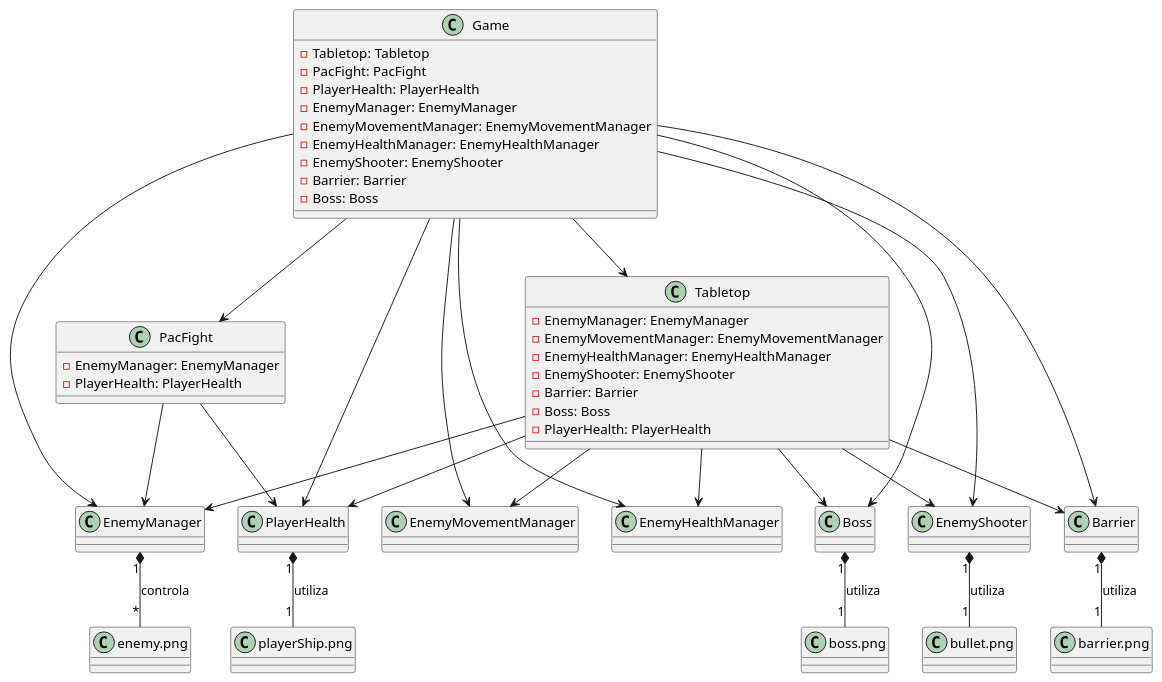
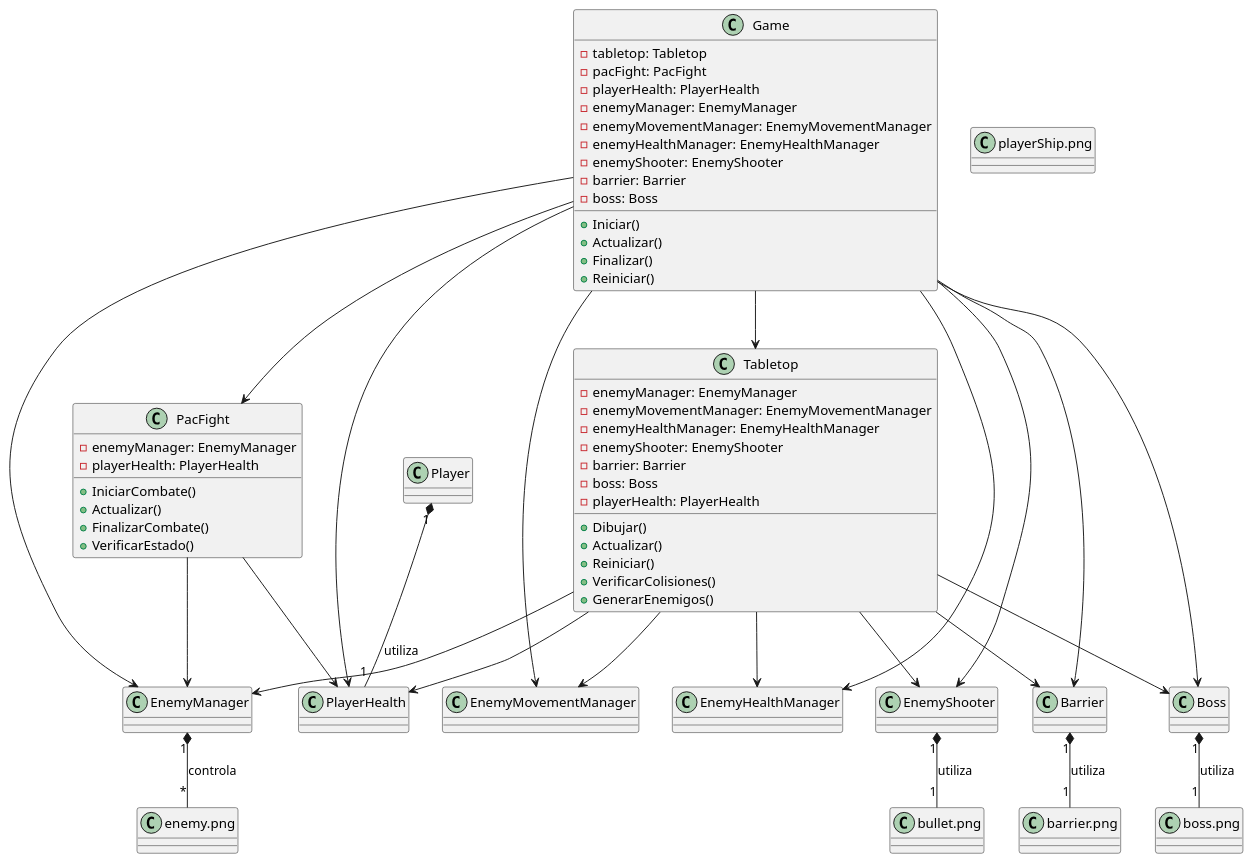
The diagram in docs/Diagrama.PUML (24110280-Braulio/Space-Invaders), drawn with PlantUML before and after one commit.

Commit message:
Diagrama2

```diff
--- a/docs/Diagrama.PUML
+++ b/docs/Diagrama.PUML
@@ -1,71 +1,84 @@
 @startuml SpaceInvaders
 
 class Game {
-    - Tabletop: Tabletop
-    - PacFight: PacFight
-    - PlayerHealth: PlayerHealth
-    - EnemyManager: EnemyManager
-    - EnemyMovementManager: EnemyMovementManager
-    - EnemyHealthManager: EnemyHealthManager
-    - EnemyShooter: EnemyShooter
-    - Barrier: Barrier
-    - Boss: Boss
+    - tabletop: Tabletop
+    - pacFight: PacFight
+    - playerHealth: PlayerHealth
+    - enemyManager: EnemyManager
+    - enemyMovementManager: EnemyMovementManager
+    - enemyHealthManager: EnemyHealthManager
+    - enemyShooter: EnemyShooter
+    - barrier: Barrier
+    - boss: Boss
+    + Iniciar()
+    + Actualizar()
+    + Finalizar()
+    + Reiniciar()
 }
 
 class Tabletop {
-    - EnemyManager: EnemyManager
-    - EnemyMovementManager: EnemyMovementManager
-    - EnemyHealthManager: EnemyHealthManager
-    - EnemyShooter: EnemyShooter
-    - Barrier: Barrier
-    - Boss: Boss
-    - PlayerHealth: PlayerHealth
+    - enemyManager: EnemyManager
+    - enemyMovementManager: EnemyMovementManager
+    - enemyHealthManager: EnemyHealthManager
+    - enemyShooter: EnemyShooter
+    - barrier: Barrier
+    - boss: Boss
+    - playerHealth: PlayerHealth
+    + Dibujar()
+    + Actualizar()
+    + Reiniciar()
+    + VerificarColisiones()
+    + GenerarEnemigos()
 }
 
 class PacFight {
-    - EnemyManager: EnemyManager
-    - PlayerHealth: PlayerHealth
+    - enemyManager: EnemyManager
+    - playerHealth: PlayerHealth
+    + IniciarCombate()
+    + Actualizar()
+    + FinalizarCombate()
+    + VerificarEstado()
 }
 
 class EnemyManager
 class EnemyMovementManager
 class EnemyHealthManager
 class EnemyShooter
 class Barrier
 class Boss
 class PlayerHealth
 
-class PlayerShipPng as "playerShip.png"
+class SpacePlayer as "playerShip.png"
 class EnemyPng as "enemy.png"
 class BossPng as "boss.png"
 class BarrierPng as "barrier.png"
 class BulletPng as "bullet.png"
 
 Game --> Tabletop
 Game --> PacFight
 Game --> PlayerHealth
 Game --> EnemyManager
 Game --> EnemyMovementManager
 Game --> EnemyHealthManager
 Game --> EnemyShooter
 Game --> Barrier
 Game --> Boss
 
 Tabletop --> EnemyManager
 Tabletop --> EnemyMovementManager
 Tabletop --> EnemyHealthManager
 Tabletop --> EnemyShooter
 Tabletop --> Barrier
 Tabletop --> Boss
 Tabletop --> PlayerHealth
 
 PacFight --> EnemyManager
 PacFight --> PlayerHealth
 
-PlayerHealth "1" *-- "1" PlayerShipPng : utiliza
+Player "1" *-- "1" PlayerHealth : utiliza
 EnemyManager "1" *-- "*" EnemyPng : controla
 Boss "1" *-- "1" BossPng : utiliza
 Barrier "1" *-- "1" BarrierPng : utiliza
 EnemyShooter "1" *-- "1" BulletPng : utiliza
 
 @enduml
```
